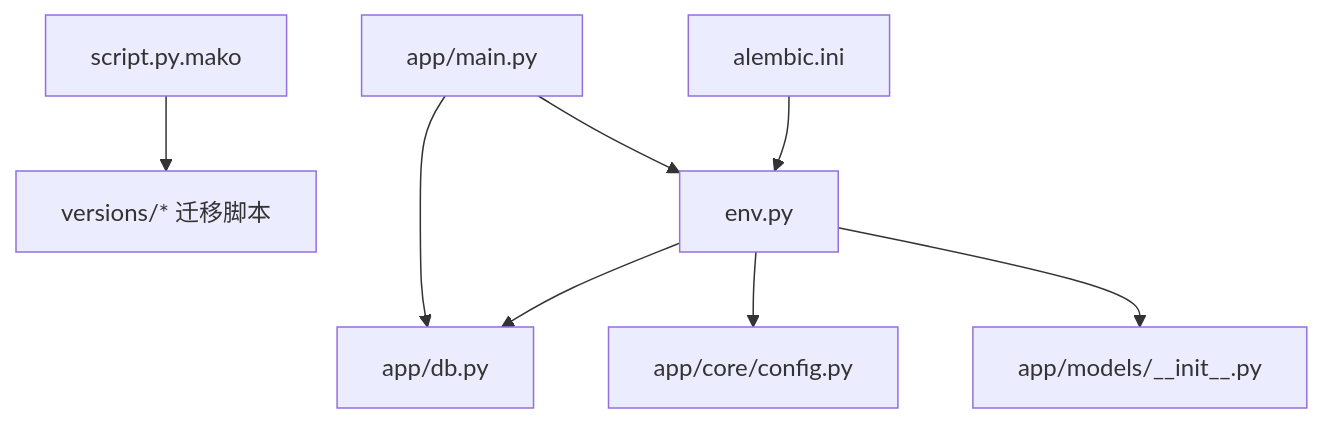
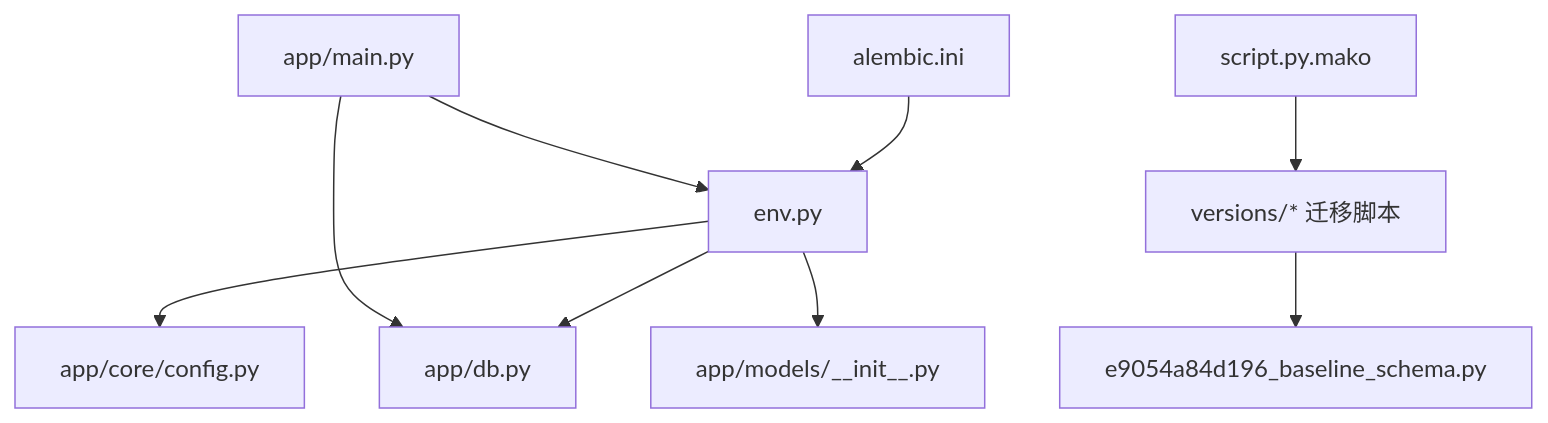
One commit to vu1Art1st/talos changed the first of 3 diagrams in .qoder/repowiki/zh/content/数据库设计/数据库迁移管理.md. Above: the diagram before and after it, drawn with Mermaid. The commit also changed other lines of this file and 132 other files, not shown here.

````diff
--- a/.qoder/repowiki/zh/content/数据库设计/数据库迁移管理.md
+++ b/.qoder/repowiki/zh/content/数据库设计/数据库迁移管理.md
@@ -41,10 +53,11 @@
 ```mermaid
 graph TB
 A["alembic.ini"] --> B["env.py"]
 B --> C["app/db.py"]
 B --> D["app/core/config.py"]
 B --> E["app/models/__init__.py"]
 F["script.py.mako"] --> G["versions/* 迁移脚本"]
-H["app/main.py"] --> C
-H --> B
+G --> H["e9054a84d196_baseline_schema.py"]
+I["app/main.py"] --> C
+I --> B
 ```
````
